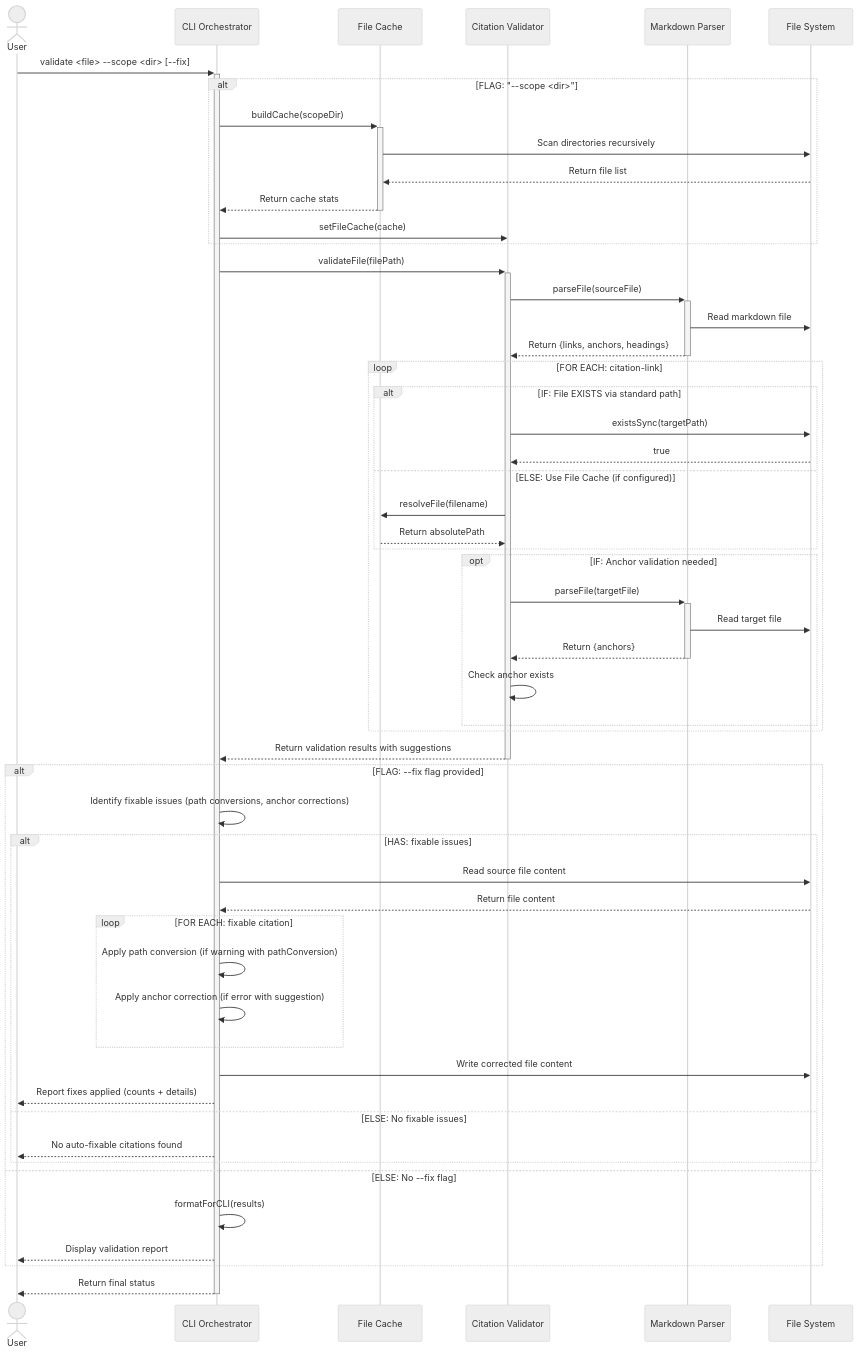
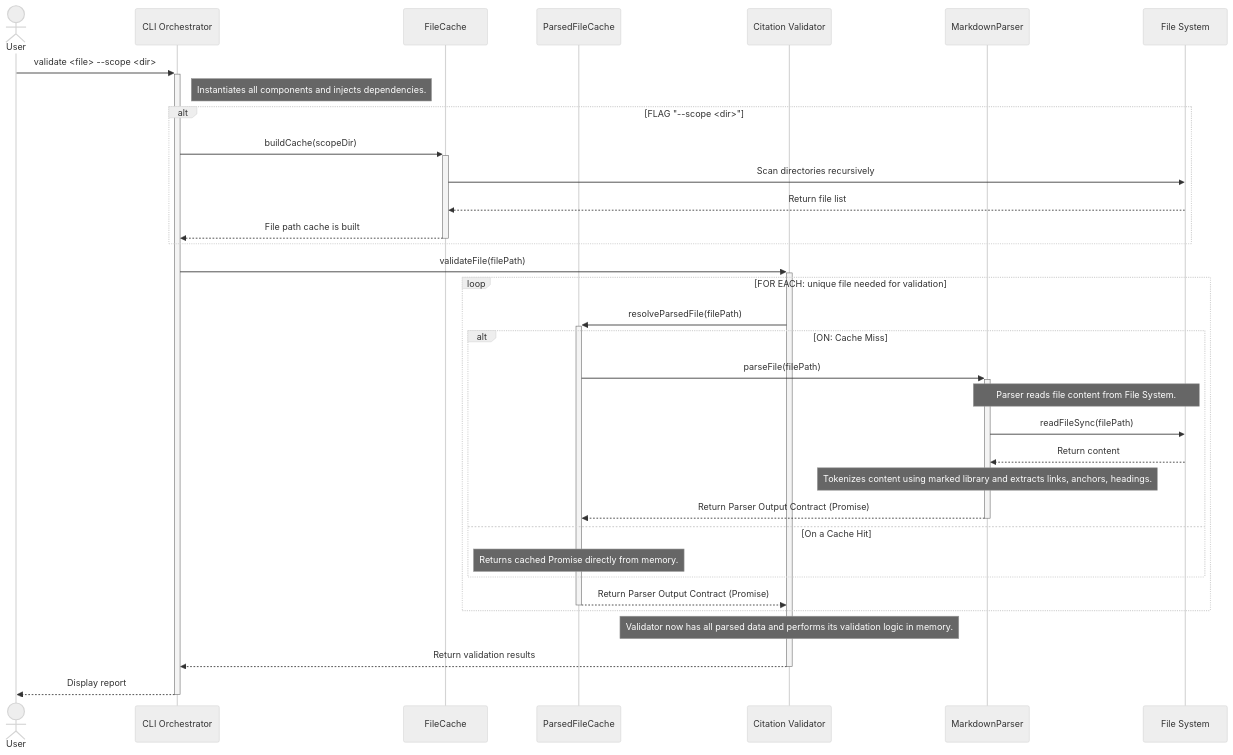
The second of 3 diagrams in tools/citation-manager/design-docs/features/20251003-content-aggregation/content-aggregation-architecture.md (WesleyMFrederick/cc-workflows), drawn with Mermaid (neutral theme) before and after one commit. The commit also changed other lines of this file and 28 other files, not shown here.

````diff
--- a/tools/citation-manager/design-docs/features/20251003-content-aggregation/content-aggregation-architecture.md
+++ b/tools/citation-manager/design-docs/features/20251003-content-aggregation/content-aggregation-architecture.md
@@ -254,69 +234,48 @@
 ```mermaid
 sequenceDiagram
     actor User
     participant CLI as CLI Orchestrator
-    participant Cache as File Cache
+    participant FileCache
+    participant ParsedCache as ParsedFileCache
     participant Validator as Citation Validator
-    participant Parser as Markdown Parser
+    participant Parser as MarkdownParser
     participant FS as File System
 
-    User->>+CLI: validate <file> --scope <dir> [--fix]
+    User->>+CLI: validate <file> --scope <dir>
 
-    alt FLAG: "--scope <dir>"
-        CLI->>+Cache: buildCache(scopeDir)
-        Cache->>FS: Scan directories recursively
-        FS-->>Cache: Return file list
-        Cache-->>-CLI: Return cache stats
-
-        CLI->>Validator: setFileCache(cache)
+    note right of CLI: Instantiates all components and injects dependencies.
+    
+    alt FLAG "--scope <dir>"
+        CLI->>+FileCache: buildCache(scopeDir)
+        FileCache->>FS: Scan directories recursively
+        FS-->>FileCache: Return file list
+        FileCache-->>-CLI: File path cache is built
     end
 
     CLI->>+Validator: validateFile(filePath)
 
-    Validator->>+Parser: parseFile(sourceFile)
-    Parser->>FS: Read markdown file
-    Parser-->>-Validator: Return {links, anchors, headings}
+    loop FOR EACH: unique file needed for validation
+        Validator->>+ParsedCache: resolveParsedFile(filePath)
 
-    loop FOR EACH: citation-link
-        alt IF: File EXISTS via standard path
-            Validator->>FS: existsSync(targetPath)
-            FS-->>Validator: true
-        else ELSE: Use File Cache (if configured)
-            Validator->>Cache: resolveFile(filename)
-            Cache-->>Validator: Return absolutePath
+        alt ON: Cache Miss
+            ParsedCache->>+Parser: parseFile(filePath)
+
+            note over Parser, FS: Parser reads file content from File System.
+            Parser->>FS: readFileSync(filePath)
+            FS-->>Parser: Return content
+
+            note over Parser: Tokenizes content using marked library and extracts links, anchors, headings.
+
+            Parser-->>-ParsedCache: Return Parser Output Contract (Promise)
+        else On a Cache Hit
+            note over ParsedCache: Returns cached Promise directly from memory.
         end
 
-        opt IF: Anchor validation needed
-            Validator->>+Parser: parseFile(targetFile)
-            Parser->>FS: Read target file
-            Parser-->>-Validator: Return {anchors}
-            Validator->>Validator: Check anchor exists
-        end
+        ParsedCache-->>-Validator: Return Parser Output Contract (Promise)
     end
 
-    Validator-->>-CLI: Return validation results with suggestions
+    note over Validator: Validator now has all parsed data and performs its validation logic in memory.
 
-    alt FLAG: --fix flag provided
-        CLI->>CLI: Identify fixable issues (path conversions, anchor corrections)
-
-        alt HAS: fixable issues
-            CLI->>FS: Read source file content
-            FS-->>CLI: Return file content
-
-            loop FOR EACH: fixable citation
-                CLI->>CLI: Apply path conversion (if warning with pathConversion)
-                CLI->>CLI: Apply anchor correction (if error with suggestion)
-            end
-
-            CLI->>FS: Write corrected file content
-            CLI-->>User: Report fixes applied (counts + details)
-        else ELSE: No fixable issues
-            CLI-->>User: No auto-fixable citations found
-        end
-    else ELSE: No --fix flag
-        CLI->>CLI: formatForCLI(results)
-        CLI-->>User: Display validation report
-    end
-
-    CLI-->>-User: Return final status
+    Validator-->>-CLI: Return validation results
+    CLI-->>-User: Display report
 ```
````
